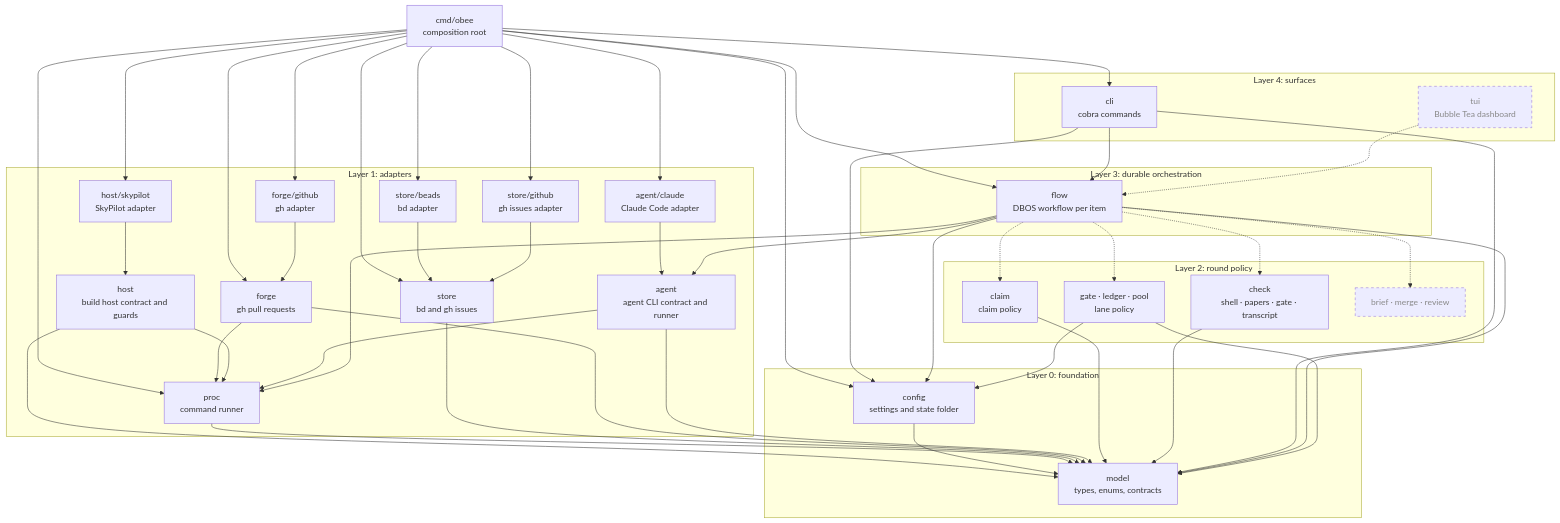
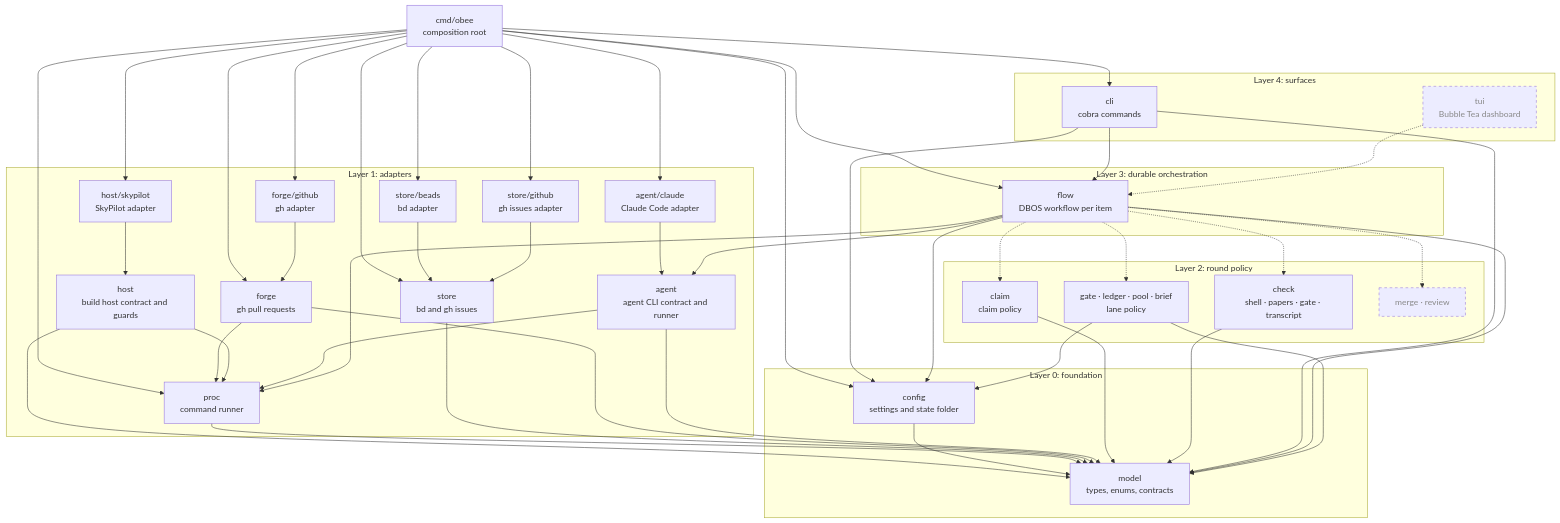
One commit to tobocop2/beehave changed the first of 3 diagrams in docs/architecture.md. Above: the diagram before and after it, drawn with Mermaid. The commit also changed other lines of this file and 43 other files, not shown here.

```diff
--- a/docs/architecture.md
+++ b/docs/architecture.md
@@ -24,8 +24,8 @@
     subgraph L2["Layer 2: round policy"]
         claim["claim<br/>claim policy"]
         check["check<br/>shell · papers · gate · transcript"]
-        policy["gate · ledger · pool<br/>lane policy"]
-        later["brief · merge · review"]:::planned
+        policy["gate · ledger · pool · brief<br/>lane policy"]
+        later["merge · review"]:::planned
     end
 
     subgraph L1["Layer 1: adapters"]
```
